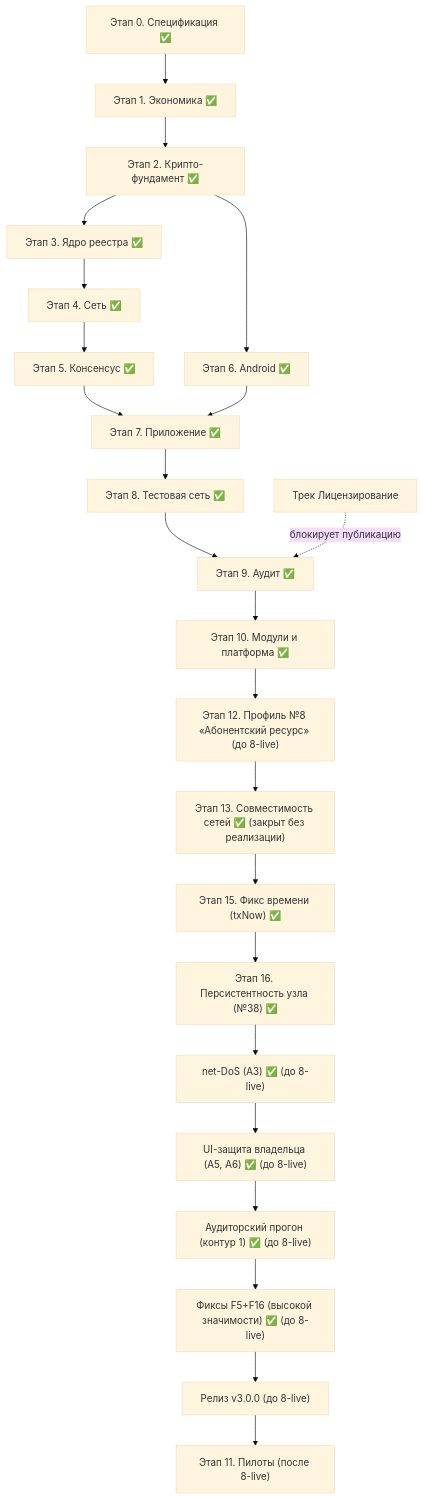
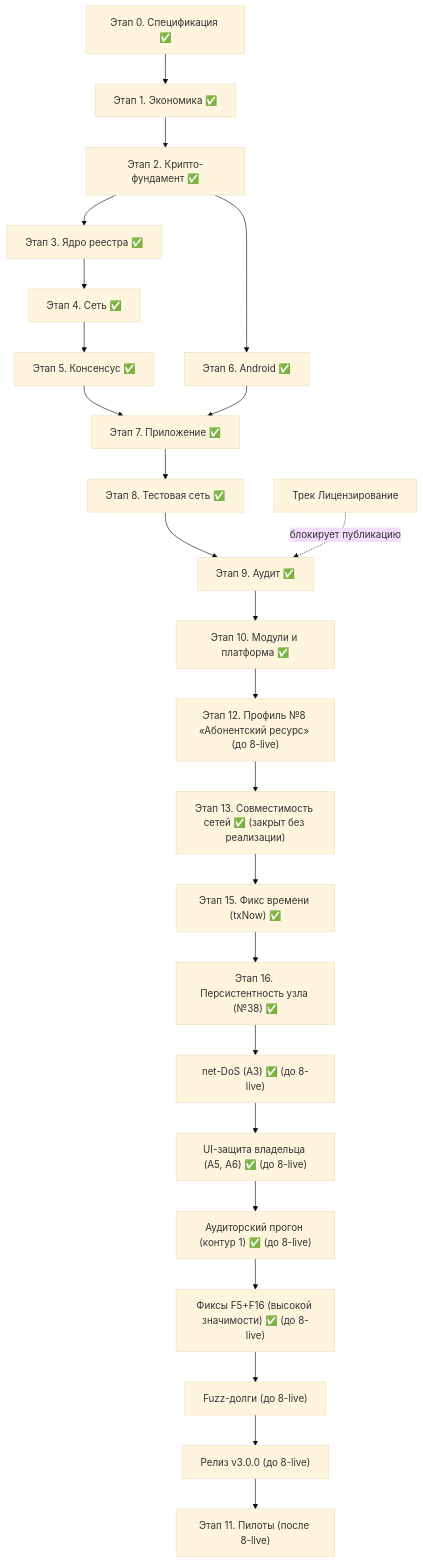
One commit to rumatakira74/equality-trust-networks changed the diagram in docs/development-plan.md. Above: the diagram before and after it, drawn with Mermaid (base theme). The commit also changed other lines of this file and 1 other file, not shown here.

Commit message:
Тема fuzz-долгов: промпт prompts/fuzz-debts-prompt.md + секция в docs/development-plan.md (после фиксов F5+F16, до A8)

````diff
--- a/docs/development-plan.md
+++ b/docs/development-plan.md
@@ -395,25 +409,26 @@
 ```mermaid
 flowchart TD
     S0["Этап 0. Спецификация ✅"] --> S1["Этап 1. Экономика ✅"]
     S1 --> S2["Этап 2. Крипто-фундамент ✅"]
     S2 --> S3["Этап 3. Ядро реестра ✅"]
     S3 --> S4["Этап 4. Сеть ✅"]
     S4 --> S5["Этап 5. Консенсус ✅"]
     S2 --> S6["Этап 6. Android ✅"]
     S5 --> S7["Этап 7. Приложение ✅"]
     S6 --> S7
     S7 --> S8["Этап 8. Тестовая сеть ✅"]
     S8 --> S9["Этап 9. Аудит ✅"]
     S9 --> S10["Этап 10. Модули и платформа ✅"]
     S10 --> S12["Этап 12. Профиль №8 «Абонентский ресурс» (до 8-live)"]
     S12 --> S13["Этап 13. Совместимость сетей ✅ (закрыт без реализации)"]
     S13 --> S15["Этап 15. Фикс времени (txNow) ✅"]
     S15 --> S16["Этап 16. Персистентность узла (№38) ✅"]
     S16 --> SND["net-DoS (A3) ✅ (до 8-live)"]
     SND --> SUI["UI-защита владельца (A5, A6) ✅ (до 8-live)"]
     SUI --> AUD["Аудиторский прогон (контур 1) ✅ (до 8-live)"]
     AUD --> FIX["Фиксы F5+F16 (высокой значимости) ✅ (до 8-live)"]
-    FIX --> S17["Релиз v3.0.0 (до 8-live)"]
+    FIX --> FUZZ["Fuzz-долги (до 8-live)"]
+    FUZZ --> S17["Релиз v3.0.0 (до 8-live)"]
     S17 --> S11["Этап 11. Пилоты (после 8-live)"]
     L["Трек Лицензирование"] -. "блокирует публикацию" .-> S9
 ```
````
